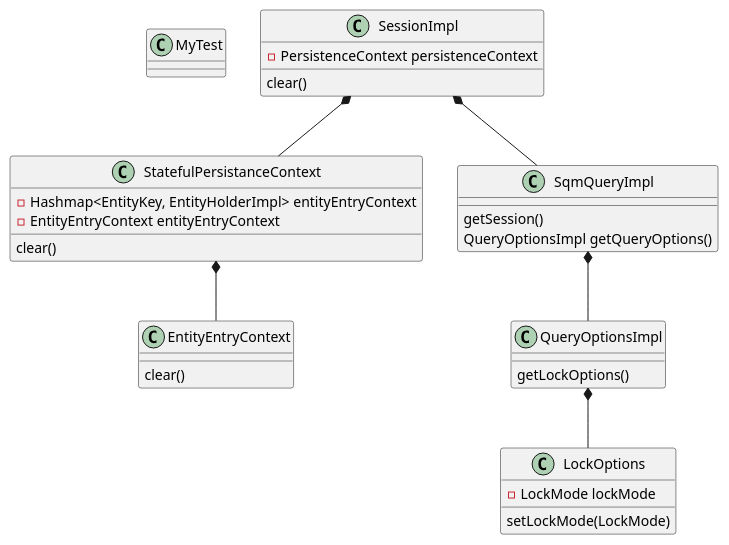
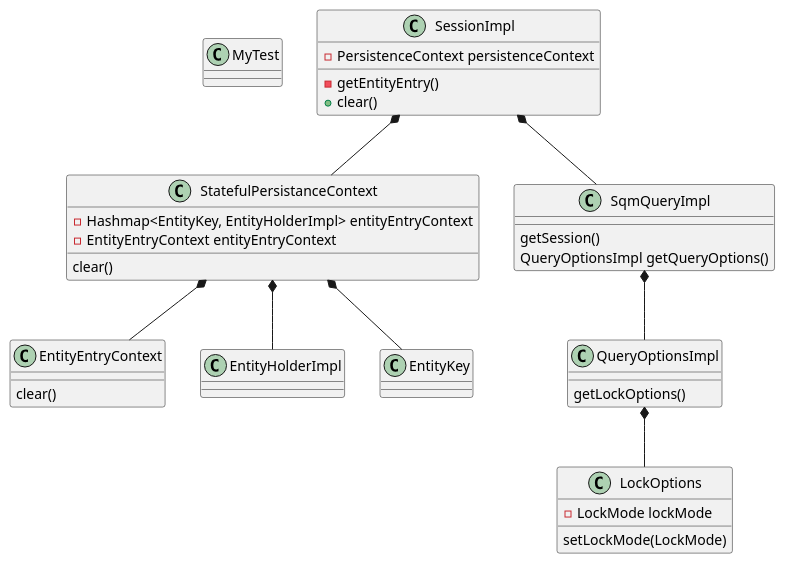
Before and after one commit to d-najd/hibernate-orm: the diagram in hibernate-core/Diagram.puml, drawn with PlantUML. The commit also changed 3 other files, not shown here.

```diff
--- a/hibernate-core/Diagram.puml
+++ b/hibernate-core/Diagram.puml
@@ -1,31 +1,36 @@
 @startuml
 class MyTest
 class SessionImpl {
 -PersistenceContext persistenceContext
-clear()
+-getEntityEntry()
++clear()
 }
 class StatefulPersistanceContext {
 -Hashmap<EntityKey, EntityHolderImpl> entityEntryContext
 -EntityEntryContext entityEntryContext
 clear()
 }
 class EntityEntryContext {
 clear()
 }
 class SqmQueryImpl {
 getSession()
 QueryOptionsImpl getQueryOptions()
 }
 class QueryOptionsImpl {
 getLockOptions()
 }
 class LockOptions {
 -LockMode lockMode
 setLockMode(LockMode)
 }
+class EntityHolderImpl
+class EntityKey
 SessionImpl *-- StatefulPersistanceContext
 StatefulPersistanceContext *-- EntityEntryContext
 SqmQueryImpl *-- QueryOptionsImpl
 QueryOptionsImpl *-- LockOptions
 SessionImpl *-- SqmQueryImpl
+StatefulPersistanceContext *-- EntityHolderImpl
+StatefulPersistanceContext *-- EntityKey
 @enduml
```
